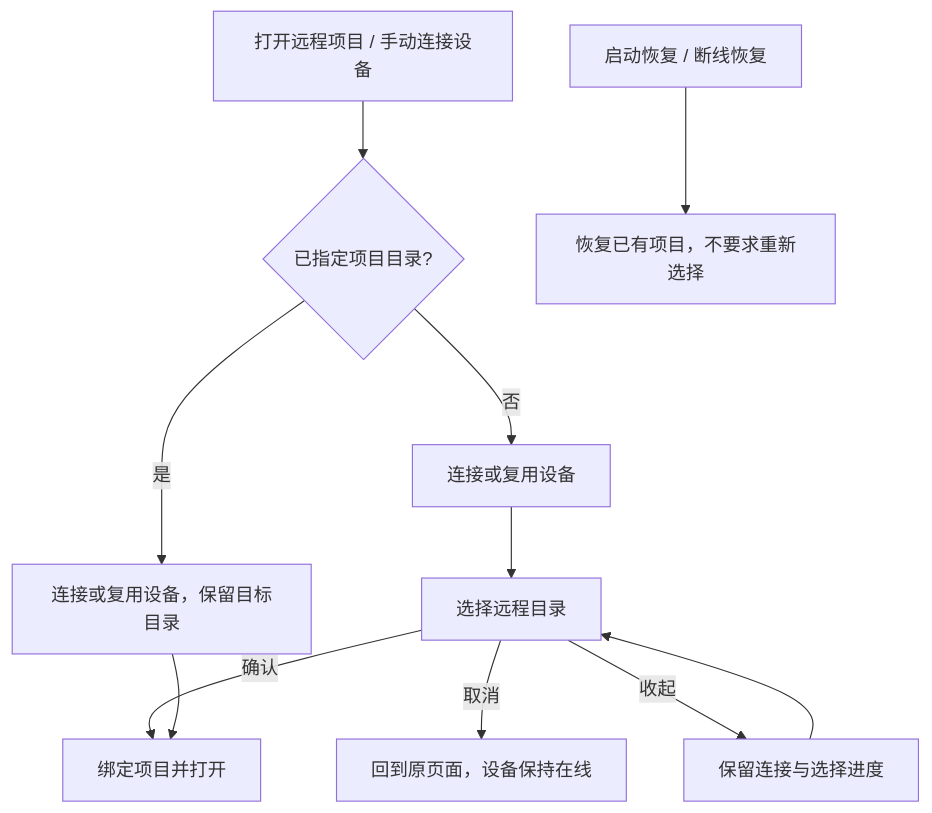
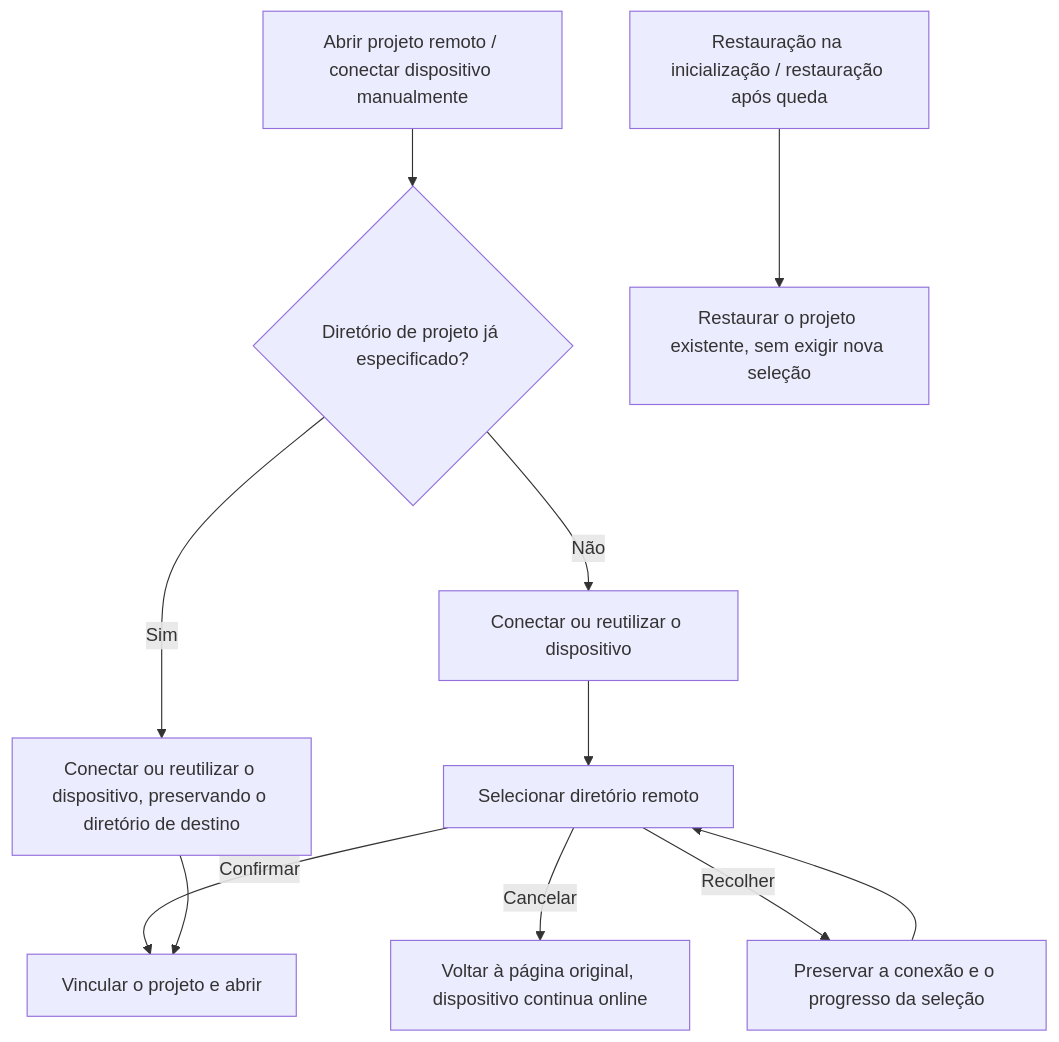
The first of 2 diagrams in docs/remote/project-first-remote-navigation-spec.md (JoaoNetoDev/BR-Code), drawn with Mermaid before and after one commit. The commit also changed other lines of this file and 177 other files, not shown here.

````diff
--- a/docs/remote/project-first-remote-navigation-spec.md
+++ b/docs/remote/project-first-remote-navigation-spec.md
@@ -46,13 +46,13 @@
 ```mermaid
 flowchart TD
-    A[打开远程项目 / 手动连接设备] --> B{已指定项目目录?}
-    B -- 否 --> C[连接或复用设备]
-    C --> D[选择远程目录]
-    D -- 确认 --> E[绑定项目并打开]
-    D -- 取消 --> F[回到原页面，设备保持在线]
-    D -- 收起 --> G[保留连接与选择进度]
+    A[Abrir projeto remoto / conectar dispositivo manualmente] --> B{Diretório de projeto já especificado?}
+    B -- Não --> C[Conectar ou reutilizar o dispositivo]
+    C --> D[Selecionar diretório remoto]
+    D -- Confirmar --> E[Vincular o projeto e abrir]
+    D -- Cancelar --> F[Voltar à página original, dispositivo continua online]
+    D -- Recolher --> G[Preservar a conexão e o progresso da seleção]
     G --> D
-    B -- 是 --> H[连接或复用设备，保留目标目录]
+    B -- Sim --> H[Conectar ou reutilizar o dispositivo, preservando o diretório de destino]
     H --> E
-    I[启动恢复 / 断线恢复] --> J[恢复已有项目，不要求重新选择]
+    I[Restauração na inicialização / restauração após queda] --> J[Restaurar o projeto existente, sem exigir nova seleção]
 ```
````
